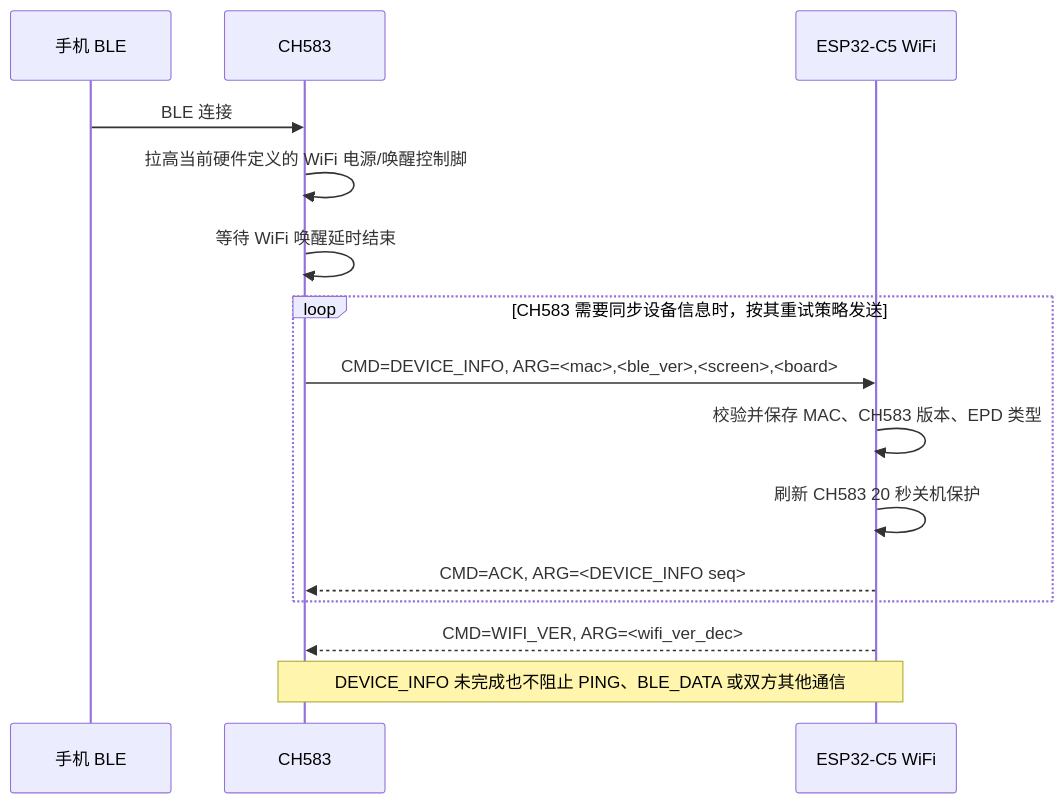
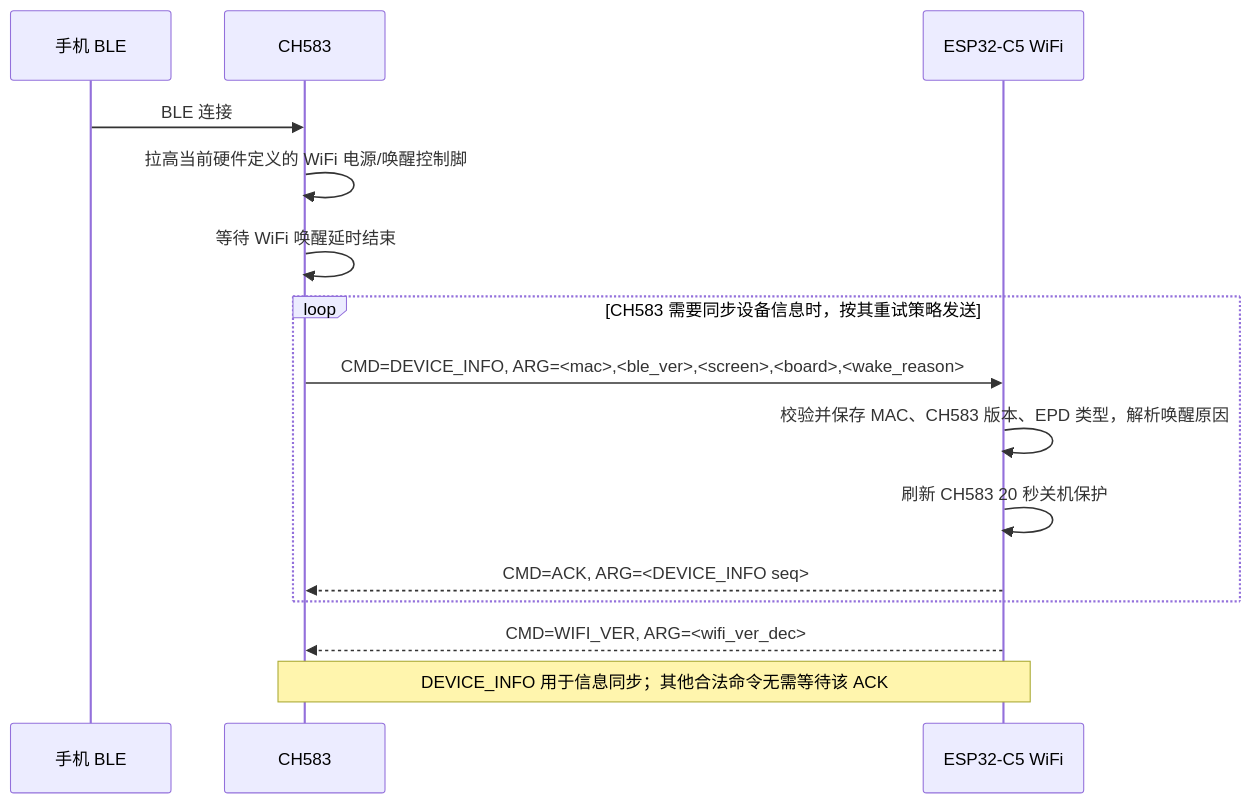
Before and after one commit to tdxguiping/ESP32_S3_epaper: the ninth of 16 diagrams in README_Protocol.md, drawn with Mermaid. The commit also changed other lines of this file and 74 other files, not shown here.

````diff
--- a/README_Protocol.md
+++ b/README_Protocol.md
@@ -808,18 +809,18 @@
 ```mermaid
 sequenceDiagram
     participant Phone as 手机 BLE
     participant CH583 as CH583
     participant ESP32 as ESP32-C5 WiFi
 
     Phone->>CH583: BLE 连接
     CH583->>CH583: 拉高当前硬件定义的 WiFi 电源/唤醒控制脚
     CH583->>CH583: 等待 WiFi 唤醒延时结束
     loop CH583 需要同步设备信息时，按其重试策略发送
-        CH583->>ESP32: CMD=DEVICE_INFO, ARG=<mac>,<ble_ver>,<screen>,<board>
-        ESP32->>ESP32: 校验并保存 MAC、CH583 版本、EPD 类型
+        CH583->>ESP32: CMD=DEVICE_INFO, ARG=<mac>,<ble_ver>,<screen>,<board>,<wake_reason>
+        ESP32->>ESP32: 校验并保存 MAC、CH583 版本、EPD 类型，解析唤醒原因
         ESP32->>ESP32: 刷新 CH583 20 秒关机保护
         ESP32-->>CH583: CMD=ACK, ARG=<DEVICE_INFO seq>
     end
     ESP32-->>CH583: CMD=WIFI_VER, ARG=<wifi_ver_dec>
-    Note over CH583,ESP32: DEVICE_INFO 未完成也不阻止 PING、BLE_DATA 或双方其他通信
+    Note over CH583,ESP32: DEVICE_INFO 用于信息同步；其他合法命令无需等待该 ACK
 ```
````
